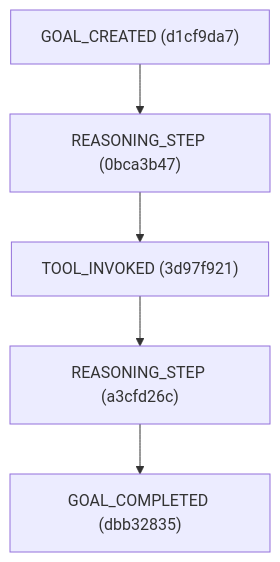
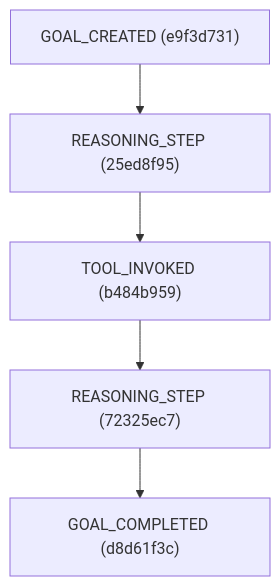
The fourth of 4 diagrams in research_paper_analysis_visualization.md (miltzhaw/langraph_playground), drawn with Mermaid before and after one commit. The commit also changed other lines of this file and 10 other files, not shown here.

````diff
--- a/research_paper_analysis_visualization.md
+++ b/research_paper_analysis_visualization.md
@@ -51,12 +50,12 @@
 ```mermaid
 graph TD
-    d1cf9da7["GOAL_CREATED (d1cf9da7)"]
-    0bca3b47["REASONING_STEP (0bca3b47)"]
-    3d97f921["TOOL_INVOKED (3d97f921)"]
-    a3cfd26c["REASONING_STEP (a3cfd26c)"]
-    dbb32835["GOAL_COMPLETED (dbb32835)"]
-    d1cf9da7 --> 0bca3b47
-    0bca3b47 --> 3d97f921
-    3d97f921 --> a3cfd26c
-    a3cfd26c --> dbb32835
+    e9f3d731["GOAL_CREATED (e9f3d731)"]
+    25ed8f95["REASONING_STEP (25ed8f95)"]
+    b484b959["TOOL_INVOKED (b484b959)"]
+    72325ec7["REASONING_STEP (72325ec7)"]
+    d8d61f3c["GOAL_COMPLETED (d8d61f3c)"]
+    b484b959 --> 72325ec7
+    25ed8f95 --> b484b959
+    e9f3d731 --> 25ed8f95
+    72325ec7 --> d8d61f3c
 ```
````
